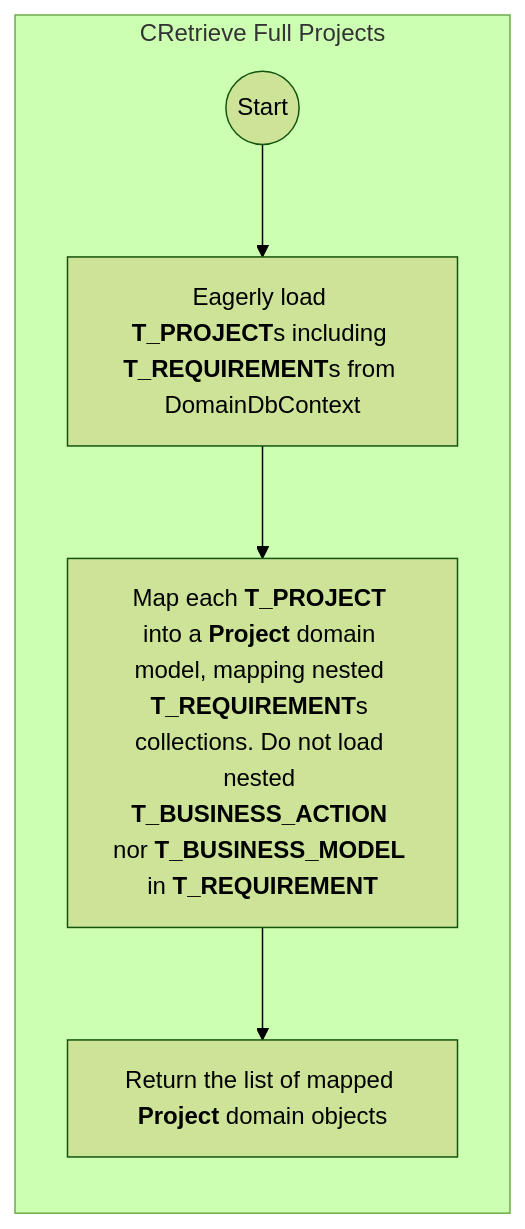
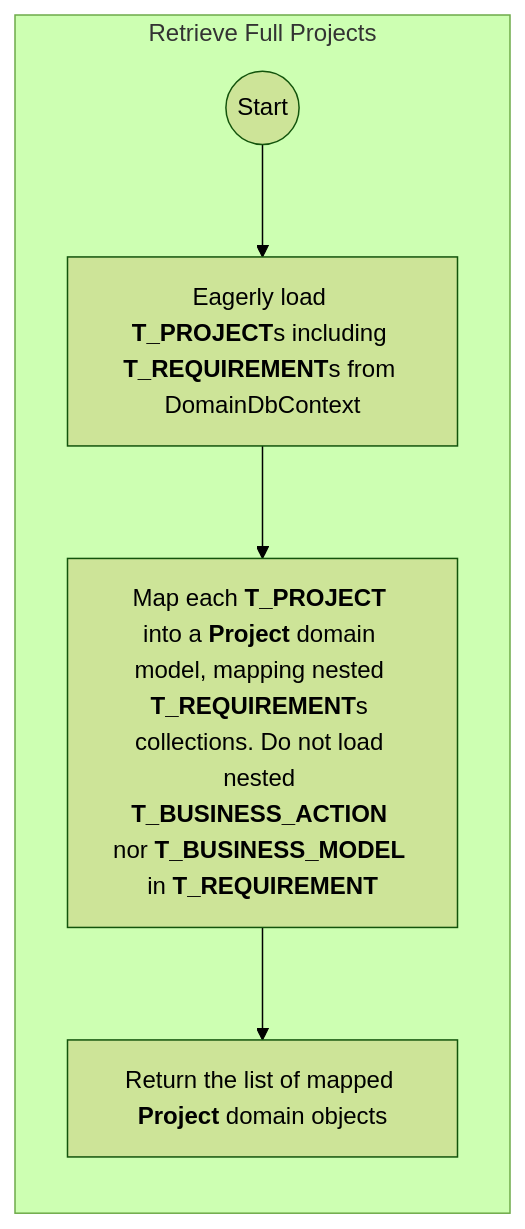
The second of 3 diagrams in AI/Repository/ProjectRepository.md (sdlfly2000/DomainBasedDesigner), drawn with Mermaid (forest theme) before and after one commit. The commit also changed other lines of this file and 3 other files, not shown here.

````diff
--- a/AI/Repository/ProjectRepository.md
+++ b/AI/Repository/ProjectRepository.md
@@ -47,9 +47,9 @@
     ```mermaid
         graph TB
-            subgraph main [CRetrieve Full Projects]
+            subgraph main [Retrieve Full Projects]
                 direction TB
                 start(("Start")) --> load["`Eagerly load **T_PROJECT**s including **T_REQUIREMENT**s from DomainDbContext`"]
                 load --> map["`Map each **T_PROJECT** into a **Project** domain model, mapping nested **T_REQUIREMENT**s collections. Do not load nested **T_BUSINESS_ACTION** nor **T_BUSINESS_MODEL** in **T_REQUIREMENT**`"]
                 map --> return["`Return the list of mapped **Project** domain objects`"]
             end
     ```
````
